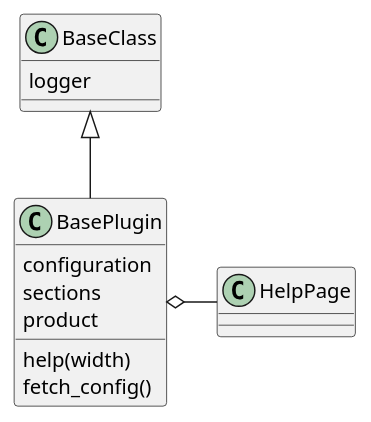
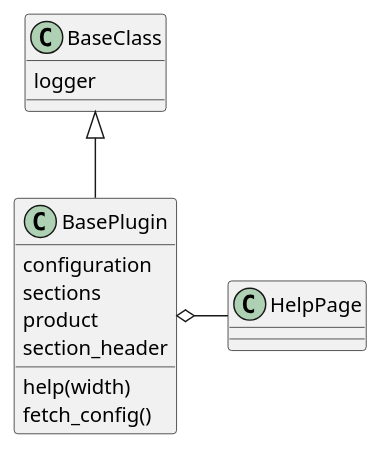
Before and after one commit to russell-n/theape: the diagram in ape/plugins/base_plugin.rst, drawn with PlantUML. The commit also changed 49 other files, not shown here.

```diff
--- a/ape/plugins/base_plugin.rst
+++ b/ape/plugins/base_plugin.rst
@@ -31,10 +31,11 @@
 .. uml::
 
    BaseClass <|-- BasePlugin
    BaseClass : logger
    BasePlugin : configuration
    BasePlugin o- HelpPage
    BasePlugin : sections
    BasePlugin : product
    BasePlugin : help(width)
    BasePlugin : fetch_config()
+   BasePlugin : section_header
```
